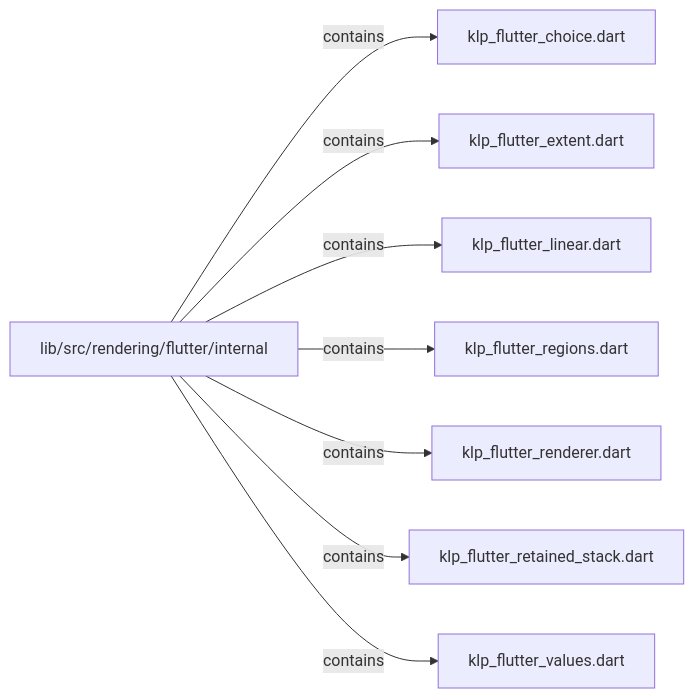
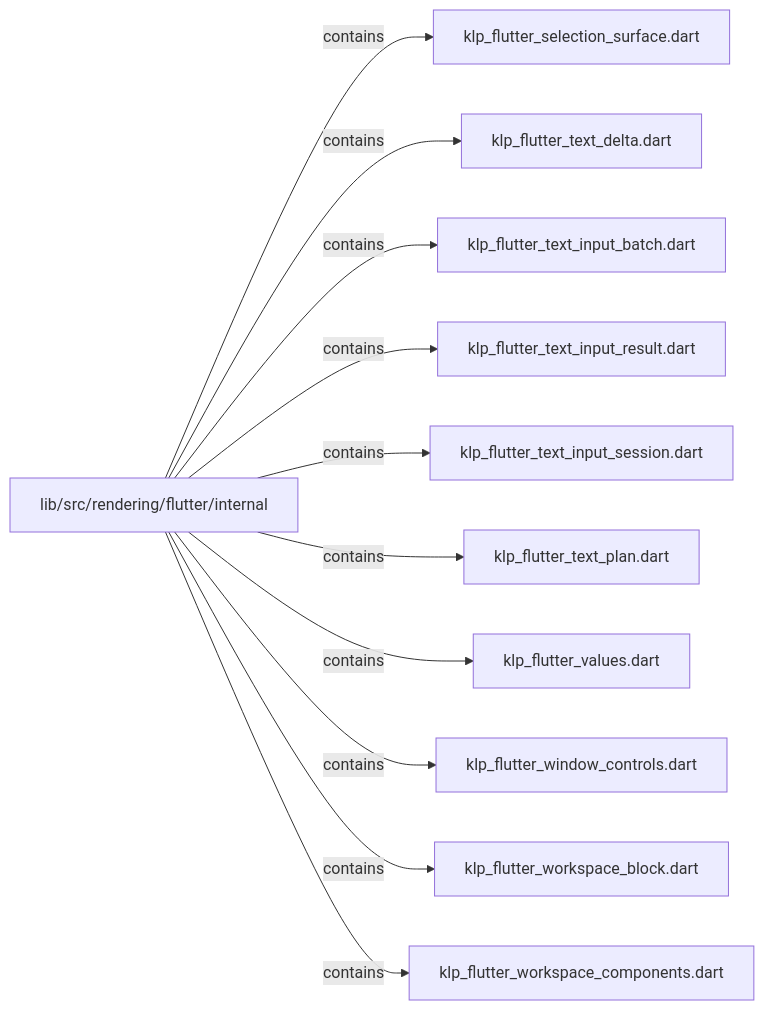
One commit to MiuDog/Kallopis changed the sixth of 6 diagrams in docs/architecture/src/rendering/flutter/internal/README.md. Above: the diagram before and after it, drawn with Mermaid. The commit also changed other lines of this file and 9688 other files, not shown here.

Commit message:
Prepare isolated Flow F2 peer baseline

````diff
--- a/docs/architecture/src/rendering/flutter/internal/README.md
+++ b/docs/architecture/src/rendering/flutter/internal/README.md
@@ -66,18 +222,24 @@
 ```mermaid
 flowchart LR
 	n0["lib/src/rendering/flutter/internal"]
-	n1["klp_flutter_choice.dart"]
-	n2["klp_flutter_extent.dart"]
-	n3["klp_flutter_linear.dart"]
-	n4["klp_flutter_regions.dart"]
-	n5["klp_flutter_renderer.dart"]
-	n6["klp_flutter_retained_stack.dart"]
+	n1["klp_flutter_selection_surface.dart"]
+	n2["klp_flutter_text_delta.dart"]
+	n3["klp_flutter_text_input_batch.dart"]
+	n4["klp_flutter_text_input_result.dart"]
+	n5["klp_flutter_text_input_session.dart"]
+	n6["klp_flutter_text_plan.dart"]
 	n7["klp_flutter_values.dart"]
+	n8["klp_flutter_window_controls.dart"]
+	n9["klp_flutter_workspace_block.dart"]
+	n10["klp_flutter_workspace_components.dart"]
 	n0 -->|"contains"| n1
 	n0 -->|"contains"| n2
 	n0 -->|"contains"| n3
 	n0 -->|"contains"| n4
 	n0 -->|"contains"| n5
 	n0 -->|"contains"| n6
 	n0 -->|"contains"| n7
+	n0 -->|"contains"| n8
+	n0 -->|"contains"| n9
+	n0 -->|"contains"| n10
 ```
````
